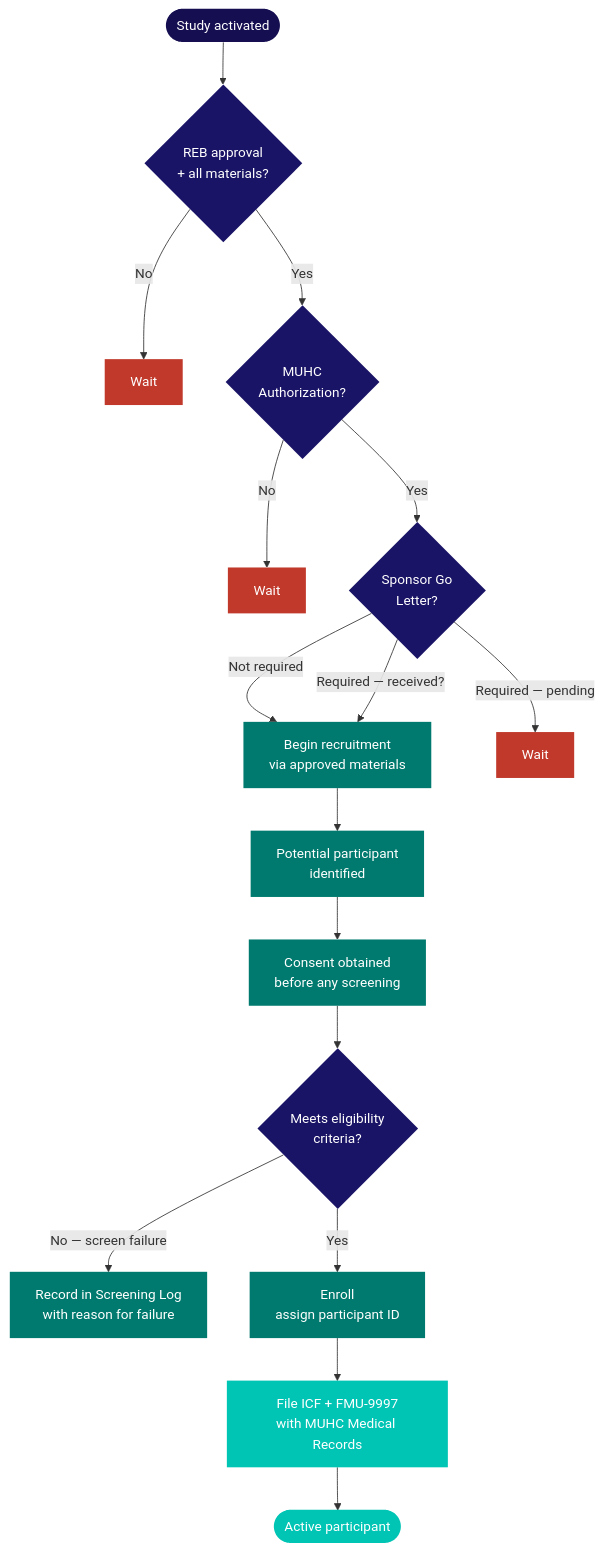
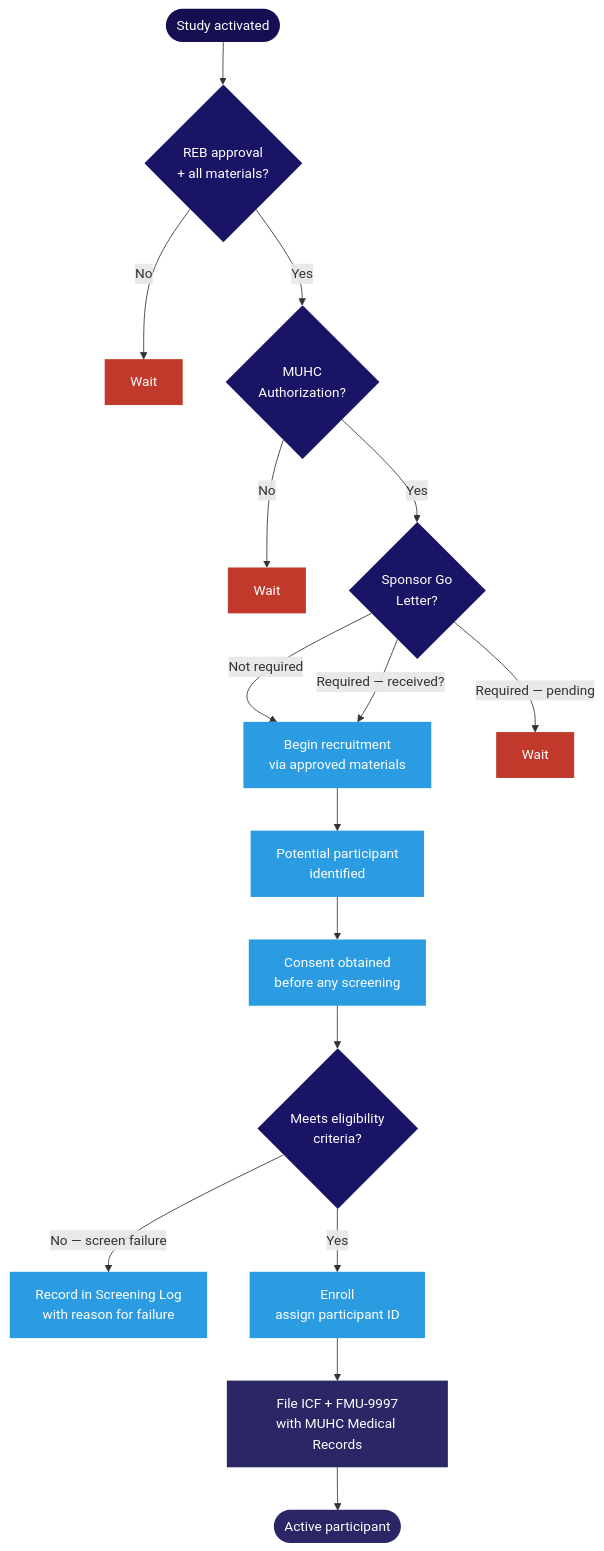
Before and after one commit to matthewfiorentino/docs: the diagram in kb/recruitment-enrollment.mdx, drawn with Mermaid. The commit also changed 36 other files, not shown here.

````diff
--- a/kb/recruitment-enrollment.mdx
+++ b/kb/recruitment-enrollment.mdx
@@ -11,35 +11,35 @@
 ```mermaid
 flowchart TD
     ACT([Study activated]) --> G1{REB approval\n+ all materials?}
     G1 -->|No| WAIT1[Wait]
     G1 -->|Yes| G2{MUHC\nAuthorization?}
     G2 -->|No| WAIT2[Wait]
     G2 -->|Yes| G3{Sponsor Go\nLetter?}
     G3 -->|Not required| REC
     G3 -->|Required — received?| REC[Begin recruitment\nvia approved materials]
     G3 -->|Required — pending| WAIT3[Wait]
 
     REC --> ID[Potential participant\nidentified]
     ID --> CON[Consent obtained\nbefore any screening]
     CON --> SCR{Meets eligibility\ncriteria?}
     SCR -->|No — screen failure| LOG[Record in Screening Log\nwith reason for failure]
     SCR -->|Yes| ENR[Enroll\nassign participant ID]
     ENR --> MR[File ICF + FMU-9997\nwith MUHC Medical Records]
     MR --> ACT2([Active participant])
 
     style ACT  fill:#150e51,color:#fff,stroke:none
     style G1   fill:#1a1466,color:#fff,stroke:none
     style G2   fill:#1a1466,color:#fff,stroke:none
     style G3   fill:#1a1466,color:#fff,stroke:none
     style SCR  fill:#1a1466,color:#fff,stroke:none
     style WAIT1 fill:#c0392b,color:#fff,stroke:none
     style WAIT2 fill:#c0392b,color:#fff,stroke:none
     style WAIT3 fill:#c0392b,color:#fff,stroke:none
-    style REC  fill:#007a6e,color:#fff,stroke:none
-    style ID   fill:#007a6e,color:#fff,stroke:none
-    style CON  fill:#007a6e,color:#fff,stroke:none
-    style ENR  fill:#007a6e,color:#fff,stroke:none
-    style LOG  fill:#007a6e,color:#fff,stroke:none
-    style MR   fill:#00c4b4,color:#fff,stroke:none
-    style ACT2 fill:#00c4b4,color:#fff,stroke:none
+    style REC  fill:#2b9ce2,color:#fff,stroke:none
+    style ID   fill:#2b9ce2,color:#fff,stroke:none
+    style CON  fill:#2b9ce2,color:#fff,stroke:none
+    style ENR  fill:#2b9ce2,color:#fff,stroke:none
+    style LOG  fill:#2b9ce2,color:#fff,stroke:none
+    style MR   fill:#2b2666,color:#fff,stroke:none
+    style ACT2 fill:#2b2666,color:#fff,stroke:none
 ```
````
